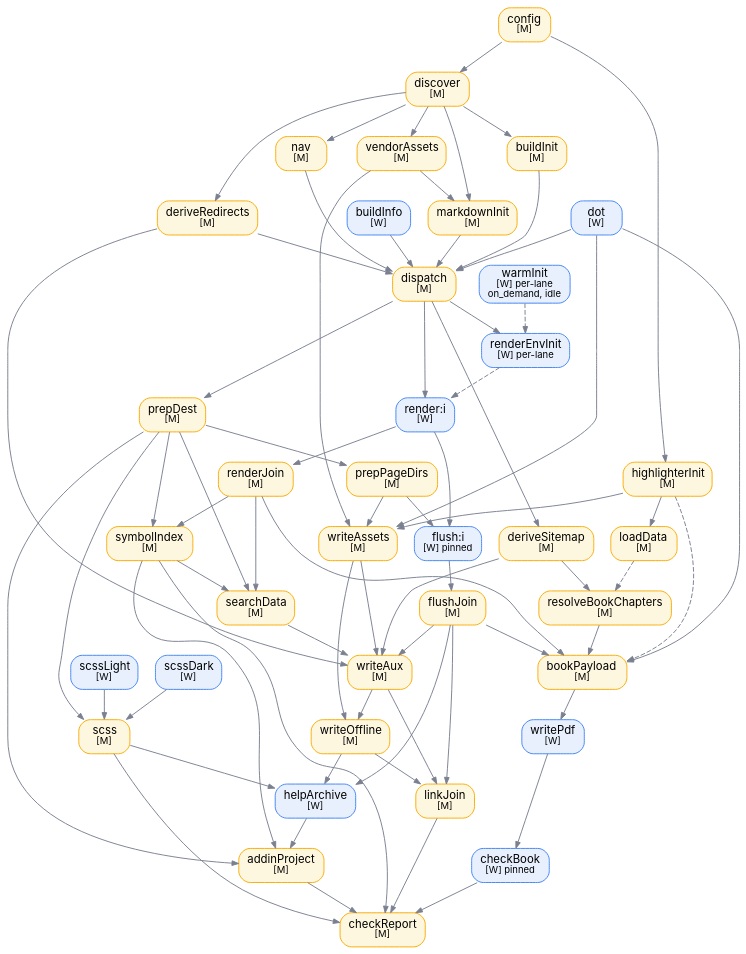
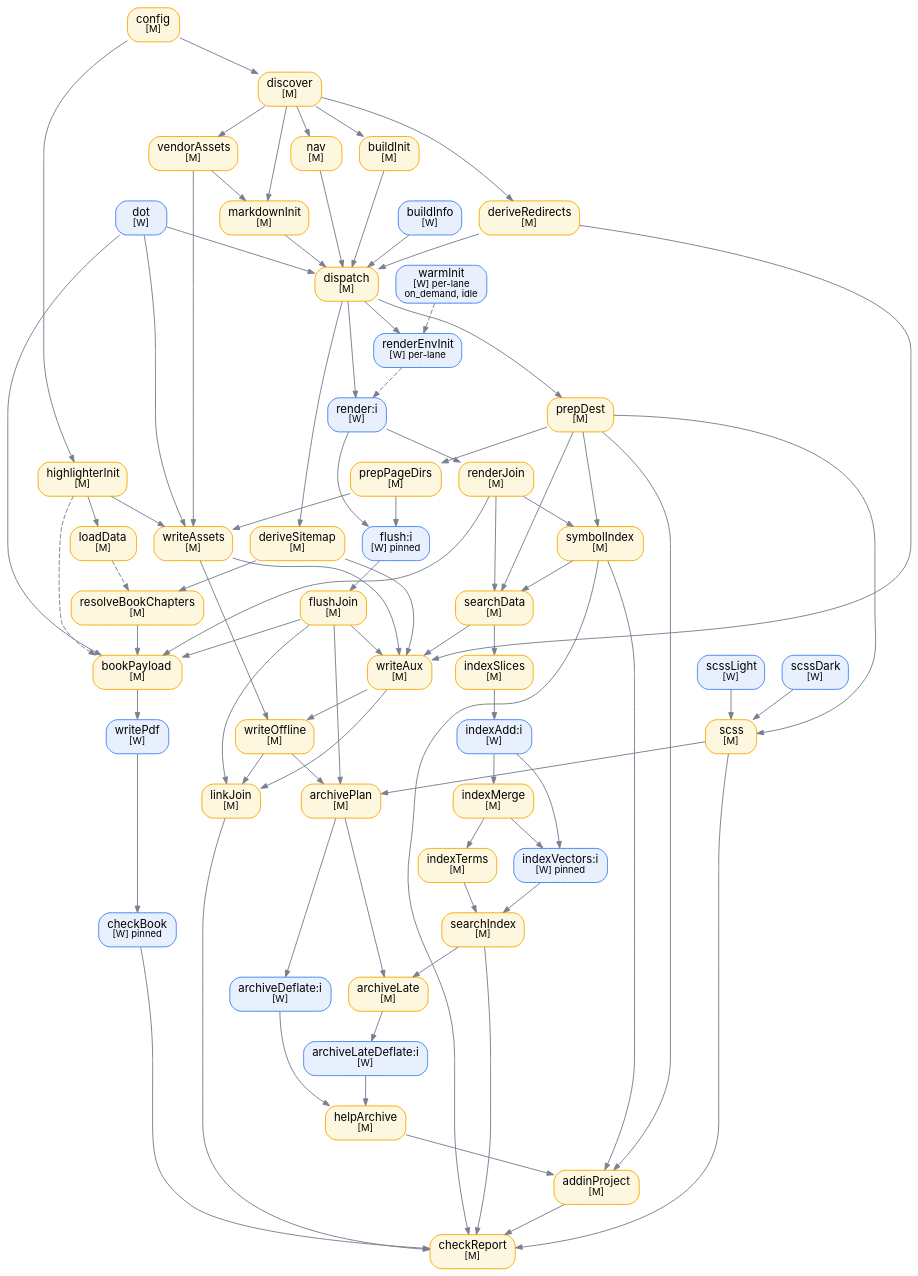
One commit to twinbasic/documentation changed the diagram in docs/assets/images/dot/scheduler-dag.dot. Above: the diagram before and after it, drawn with Graphviz. The commit also changed 9 other files, not shown here.

Commit message:
docs: the index's and the archive's lane tasks, fanOut, and the rule that no task starts a thread

```diff
--- a/docs/assets/images/dot/scheduler-dag.dot
+++ b/docs/assets/images/dot/scheduler-dag.dot
@@ -1,162 +1,188 @@
 // Task DAG of the SAB pull scheduler. See docs/Documentation/Builder.md.
 
 digraph scheduler {
     rankdir=TB
     bgcolor="transparent"
     nodesep=0.25
     ranksep=0.45
     splines=true
 
     node [
         shape=box
         style="rounded,filled"
         fontname="Inter,system-ui,-apple-system,Segoe UI,sans-serif"
         fontsize=12
         margin="0.12,0.06"
     ]
     edge [
         color="#7a8090"
         fontname="Inter,system-ui,-apple-system,Segoe UI,sans-serif"
         fontsize=10
         arrowsize=0.7
     ]
     graph [
         margin=0
     ]
 
     // ── Colour scheme ───────────────────────────────────────────────────
     // [M] main thread → fef7e0 fill / f9ab00 stroke
     // [W] worker      → e8f0fe fill / 4285f4 stroke
 
     // ── Nodes ───────────────────────────────────────────────────────────
 
     CF  [label=<config<BR/><FONT POINT-SIZE="10">[M]</FONT>>,             fillcolor="#fef7e0", color="#f9ab00"]
     BI  [label=<buildInfo<BR/><FONT POINT-SIZE="10">[W]</FONT>>,          fillcolor="#e8f0fe", color="#4285f4"]
     SL  [label=<scssLight<BR/><FONT POINT-SIZE="10">[W]</FONT>>,          fillcolor="#e8f0fe", color="#4285f4"]
     SD  [label=<scssDark<BR/><FONT POINT-SIZE="10">[W]</FONT>>,           fillcolor="#e8f0fe", color="#4285f4"]
     HI  [label=<highlighterInit<BR/><FONT POINT-SIZE="10">[M]</FONT>>,    fillcolor="#fef7e0", color="#f9ab00"]
     LD  [label=<loadData<BR/><FONT POINT-SIZE="10">[M]</FONT>>,           fillcolor="#fef7e0", color="#f9ab00"]
     WI  [label=<warmInit<BR/><FONT POINT-SIZE="10">[W] per-lane<BR/>on_demand, idle</FONT>>, fillcolor="#e8f0fe", color="#4285f4"]
 
     DI  [label=<discover<BR/><FONT POINT-SIZE="10">[M]</FONT>>,           fillcolor="#fef7e0", color="#f9ab00"]
     VA  [label=<vendorAssets<BR/><FONT POINT-SIZE="10">[M]</FONT>>,       fillcolor="#fef7e0", color="#f9ab00"]
     NV  [label=<nav<BR/><FONT POINT-SIZE="10">[M]</FONT>>,                fillcolor="#fef7e0", color="#f9ab00"]
     BU  [label=<buildInit<BR/><FONT POINT-SIZE="10">[M]</FONT>>,          fillcolor="#fef7e0", color="#f9ab00"]
     MI  [label=<markdownInit<BR/><FONT POINT-SIZE="10">[M]</FONT>>,       fillcolor="#fef7e0", color="#f9ab00"]
     DR  [label=<deriveRedirects<BR/><FONT POINT-SIZE="10">[M]</FONT>>,    fillcolor="#fef7e0", color="#f9ab00"]
     DT  [label=<dot<BR/><FONT POINT-SIZE="10">[W]</FONT>>,                fillcolor="#e8f0fe", color="#4285f4"]
     DSi [label=<deriveSitemap<BR/><FONT POINT-SIZE="10">[M]</FONT>>,      fillcolor="#fef7e0", color="#f9ab00"]
     RBC [label=<resolveBookChapters<BR/><FONT POINT-SIZE="10">[M]</FONT>>, fillcolor="#fef7e0", color="#f9ab00"]
 
     DP  [label=<dispatch<BR/><FONT POINT-SIZE="10">[M]</FONT>>,           fillcolor="#fef7e0", color="#f9ab00"]
     PD  [label=<prepDest<BR/><FONT POINT-SIZE="10">[M]</FONT>>,           fillcolor="#fef7e0", color="#f9ab00"]
     PPD [label=<prepPageDirs<BR/><FONT POINT-SIZE="10">[M]</FONT>>,       fillcolor="#fef7e0", color="#f9ab00"]
     REI [label=<renderEnvInit<BR/><FONT POINT-SIZE="10">[W] per-lane</FONT>>, fillcolor="#e8f0fe", color="#4285f4"]
     Ri  [label=<render:i<BR/><FONT POINT-SIZE="10">[W]</FONT>>,           fillcolor="#e8f0fe", color="#4285f4"]
     RJ  [label=<renderJoin<BR/><FONT POINT-SIZE="10">[M]</FONT>>,         fillcolor="#fef7e0", color="#f9ab00"]
 
     SCSS [label=<scss<BR/><FONT POINT-SIZE="10">[M]</FONT>>,              fillcolor="#fef7e0", color="#f9ab00"]
     Fi   [label=<flush:i<BR/><FONT POINT-SIZE="10">[W] pinned</FONT>>,    fillcolor="#e8f0fe", color="#4285f4"]
     FJ   [label=<flushJoin<BR/><FONT POINT-SIZE="10">[M]</FONT>>,         fillcolor="#fef7e0", color="#f9ab00"]
     WA   [label=<writeAssets<BR/><FONT POINT-SIZE="10">[M]</FONT>>,       fillcolor="#fef7e0", color="#f9ab00"]
     SDt  [label=<searchData<BR/><FONT POINT-SIZE="10">[M]</FONT>>,        fillcolor="#fef7e0", color="#f9ab00"]
     SYM  [label=<symbolIndex<BR/><FONT POINT-SIZE="10">[M]</FONT>>,       fillcolor="#fef7e0", color="#f9ab00"]
     AP   [label=<addinProject<BR/><FONT POINT-SIZE="10">[M]</FONT>>,      fillcolor="#fef7e0", color="#f9ab00"]
     WX  [label=<writeAux<BR/><FONT POINT-SIZE="10">[M]</FONT>>,          fillcolor="#fef7e0", color="#f9ab00"]
     WO   [label=<writeOffline<BR/><FONT POINT-SIZE="10">[M]</FONT>>,      fillcolor="#fef7e0", color="#f9ab00"]
-    HA   [label=<helpArchive<BR/><FONT POINT-SIZE="10">[W]</FONT>>,       fillcolor="#e8f0fe", color="#4285f4"]
+    IS   [label=<indexSlices<BR/><FONT POINT-SIZE="10">[M]</FONT>>,       fillcolor="#fef7e0", color="#f9ab00"]
+    IAi  [label=<indexAdd:i<BR/><FONT POINT-SIZE="10">[W]</FONT>>,        fillcolor="#e8f0fe", color="#4285f4"]
+    IM   [label=<indexMerge<BR/><FONT POINT-SIZE="10">[M]</FONT>>,        fillcolor="#fef7e0", color="#f9ab00"]
+    IT   [label=<indexTerms<BR/><FONT POINT-SIZE="10">[M]</FONT>>,        fillcolor="#fef7e0", color="#f9ab00"]
+    IVi  [label=<indexVectors:i<BR/><FONT POINT-SIZE="10">[W] pinned</FONT>>, fillcolor="#e8f0fe", color="#4285f4"]
+    SI   [label=<searchIndex<BR/><FONT POINT-SIZE="10">[M]</FONT>>,       fillcolor="#fef7e0", color="#f9ab00"]
+    APl  [label=<archivePlan<BR/><FONT POINT-SIZE="10">[M]</FONT>>,       fillcolor="#fef7e0", color="#f9ab00"]
+    ADi  [label=<archiveDeflate:i<BR/><FONT POINT-SIZE="10">[W]</FONT>>,  fillcolor="#e8f0fe", color="#4285f4"]
+    AL   [label=<archiveLate<BR/><FONT POINT-SIZE="10">[M]</FONT>>,       fillcolor="#fef7e0", color="#f9ab00"]
+    ALi  [label=<archiveLateDeflate:i<BR/><FONT POINT-SIZE="10">[W]</FONT>>, fillcolor="#e8f0fe", color="#4285f4"]
+    HA   [label=<helpArchive<BR/><FONT POINT-SIZE="10">[M]</FONT>>,       fillcolor="#fef7e0", color="#f9ab00"]
     BP   [label=<bookPayload<BR/><FONT POINT-SIZE="10">[M]</FONT>>,       fillcolor="#fef7e0", color="#f9ab00"]
     WP   [label=<writePdf<BR/><FONT POINT-SIZE="10">[W]</FONT>>,          fillcolor="#e8f0fe", color="#4285f4"]
 
     LJ   [label=<linkJoin<BR/><FONT POINT-SIZE="10">[M]</FONT>>,          fillcolor="#fef7e0", color="#f9ab00"]
     CB   [label=<checkBook<BR/><FONT POINT-SIZE="10">[W] pinned</FONT>>,  fillcolor="#e8f0fe", color="#4285f4"]
     CR   [label=<checkReport<BR/><FONT POINT-SIZE="10">[M]</FONT>>,       fillcolor="#fef7e0", color="#f9ab00"]
 
     // ── Edges ───────────────────────────────────────────────────────────
 
     CF -> DI
     CF -> HI
     HI -> LD
     DI -> NV
     DI -> BU
     DI -> MI
     DI -> DR
     DI -> VA
     VA -> MI
 
     NV -> DP
     BU -> DP
     BI -> DP
     DT -> DP
     DR -> DP
     MI -> DP
 
     DP -> PD
     DP -> DSi
     DP -> REI
     DP -> Ri
 
     PD -> PPD
     PD -> SCSS
     SL -> SCSS
     SD -> SCSS
 
     DSi -> RBC
     LD  -> RBC [style=dashed]
 
     WI  -> REI [style=dashed]
     REI -> Ri  [style=dashed]
 
     Ri  -> Fi
     Ri  -> RJ
     PPD -> Fi
     Fi  -> FJ
 
     DT  -> WA
     PPD -> WA
     HI  -> WA
     VA  -> WA
 
     RJ -> SDt
     PD -> SDt
 
     RJ -> SYM
     PD -> SYM
     SYM -> SDt
 
     SYM -> AP
     PD  -> AP
     HA  -> AP
 
     WA  -> WX
     SDt -> WX
     FJ  -> WX
     DR  -> WX
     DSi -> WX
 
     WX -> WO
     WA -> WO
 
-    FJ  -> HA
-    SCSS -> HA
-    WO  -> HA
+    SDt -> IS
+    IS  -> IAi
+    IAi -> IM
+    IAi -> IVi
+    IM  -> IT
+    IM  -> IVi
+    IT  -> SI
+    IVi -> SI
+
+    FJ   -> APl
+    SCSS -> APl
+    WO   -> APl
+    APl  -> ADi
+    APl  -> AL
+    SI   -> AL
+    AL   -> ALi
+    ADi  -> HA
+    ALi  -> HA
 
     FJ  -> BP
     RJ  -> BP
     DT  -> BP
     RBC -> BP
     HI  -> BP [style=dashed]
     BP  -> WP
 
     FJ -> LJ
     WX -> LJ
     WO -> LJ
 
     WP -> CB
 
     LJ   -> CR
     CB   -> CR
     SCSS -> CR
     SYM  -> CR
+    SI   -> CR
     AP   -> CR
 }
```
